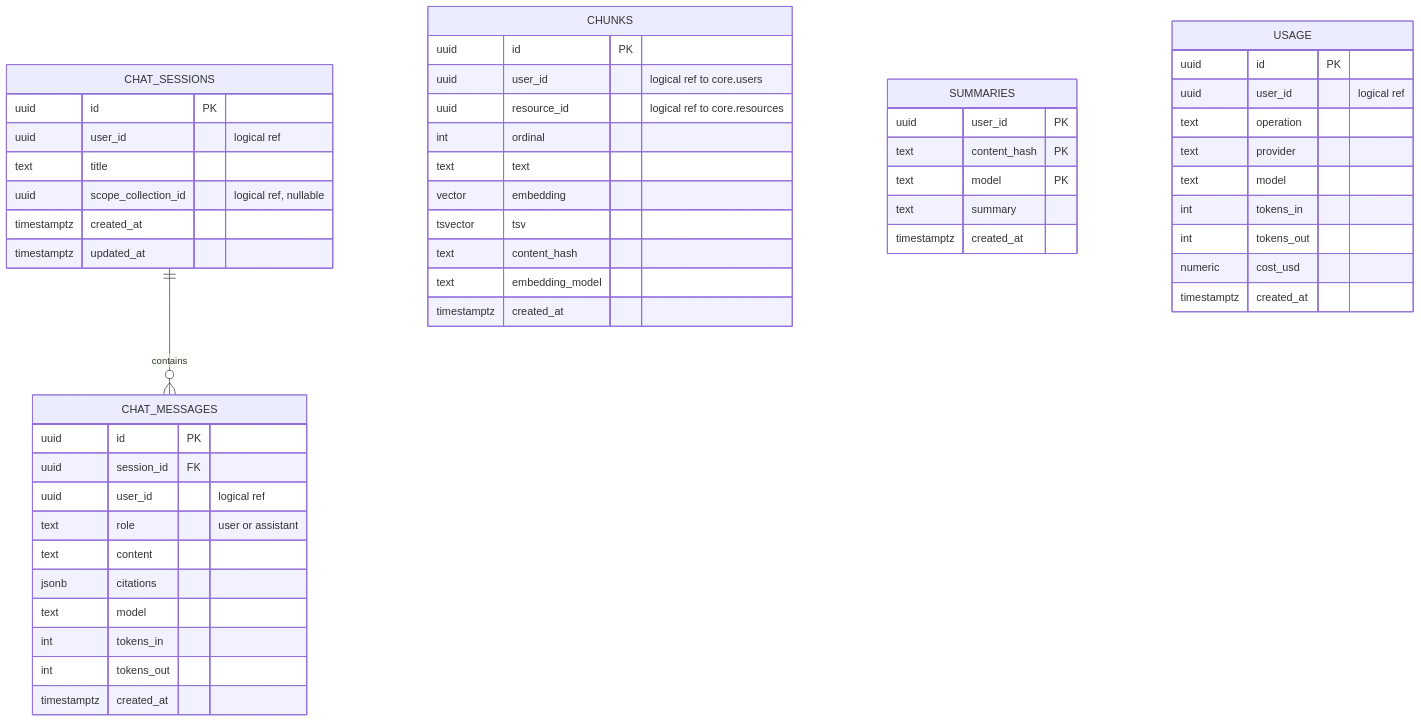
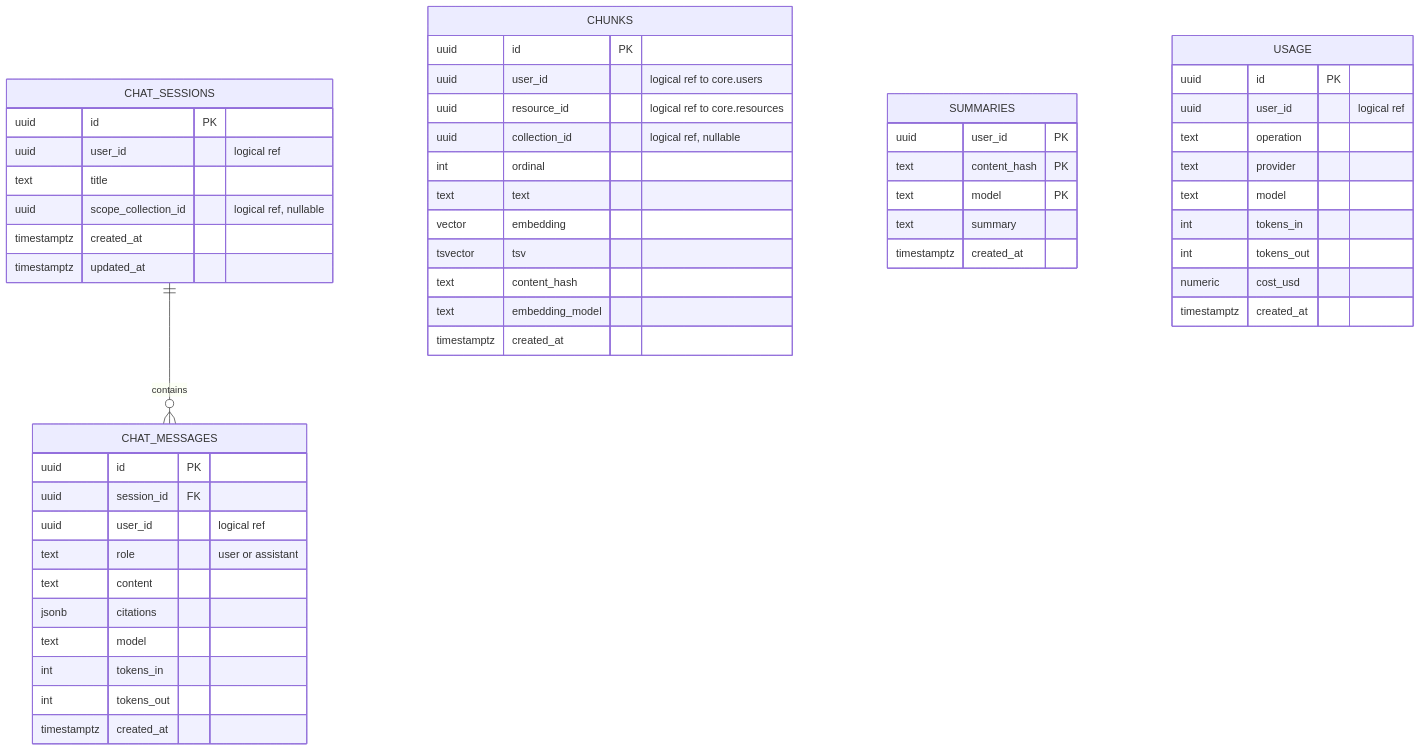
Before and after one commit to lahiru1115/Knowledge-Hub: the third of 4 diagrams in plans/greenfield/01-software-requirements-specification.md, drawn with Mermaid. The commit also changed other lines of this file and 1 other file, not shown here.

First line of the commit message:
Add system architecture (greenfield doc 02)

````diff
--- a/plans/greenfield/01-software-requirements-specification.md
+++ b/plans/greenfield/01-software-requirements-specification.md
@@ -661,55 +663,56 @@
 ```mermaid
 erDiagram
   CHAT_SESSIONS ||--o{ CHAT_MESSAGES : "contains"
 
   CHUNKS {
     uuid id PK
     uuid user_id "logical ref to core.users"
     uuid resource_id "logical ref to core.resources"
+    uuid collection_id "logical ref, nullable"
     int ordinal
     text text
     vector embedding
     tsvector tsv
     text content_hash
     text embedding_model
     timestamptz created_at
   }
   SUMMARIES {
     uuid user_id PK
     text content_hash PK
     text model PK
     text summary
     timestamptz created_at
   }
   CHAT_SESSIONS {
     uuid id PK
     uuid user_id "logical ref"
     text title
     uuid scope_collection_id "logical ref, nullable"
     timestamptz created_at
     timestamptz updated_at
   }
   CHAT_MESSAGES {
     uuid id PK
     uuid session_id FK
     uuid user_id "logical ref"
     text role "user or assistant"
     text content
     jsonb citations
     text model
     int tokens_in
     int tokens_out
     timestamptz created_at
   }
   USAGE {
     uuid id PK
     uuid user_id "logical ref"
     text operation
     text provider
     text model
     int tokens_in
     int tokens_out
     numeric cost_usd
     timestamptz created_at
   }
 ```
````
